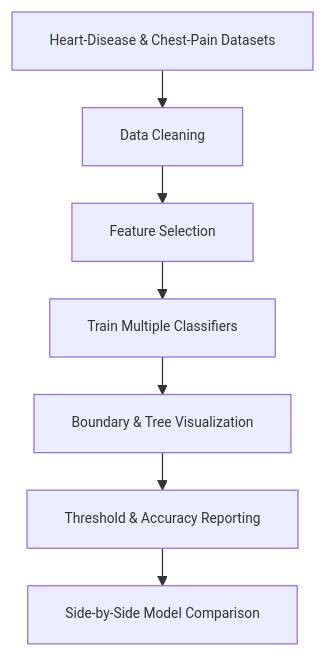
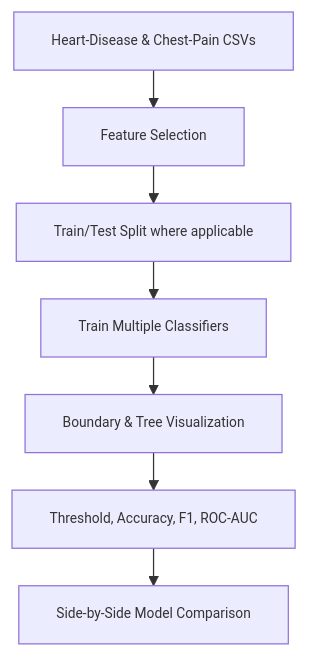
One commit to PranikaC/Medical-Condition-Classification changed the first of 2 diagrams in README.md. Above: the diagram before and after it, drawn with Mermaid. The commit also changed other lines of this file, not shown here.

Commit message:
Update dataset references and image path in README

````diff
--- a/README.md
+++ b/README.md
@@ -26,10 +26,10 @@
 ```mermaid
 %%{init: {"theme": "default", "themeVariables": {"fontSize": "11px"}, "flowchart": {"nodeSpacing": 25, "rankSpacing": 30}}}%%
 flowchart TD
-    A[Heart-Disease & Chest-Pain Datasets] --> B[Data Cleaning]
-    B --> C[Feature Selection]
+    A[Heart-Disease & Chest-Pain CSVs] --> B[Feature Selection]
+    B --> C[Train/Test Split where applicable]
     C --> D[Train Multiple Classifiers]
     D --> E[Boundary & Tree Visualization]
-    E --> F[Threshold & Accuracy Reporting]
+    E --> F[Threshold, Accuracy, F1, ROC-AUC]
     F --> G[Side-by-Side Model Comparison]
 ```
````
